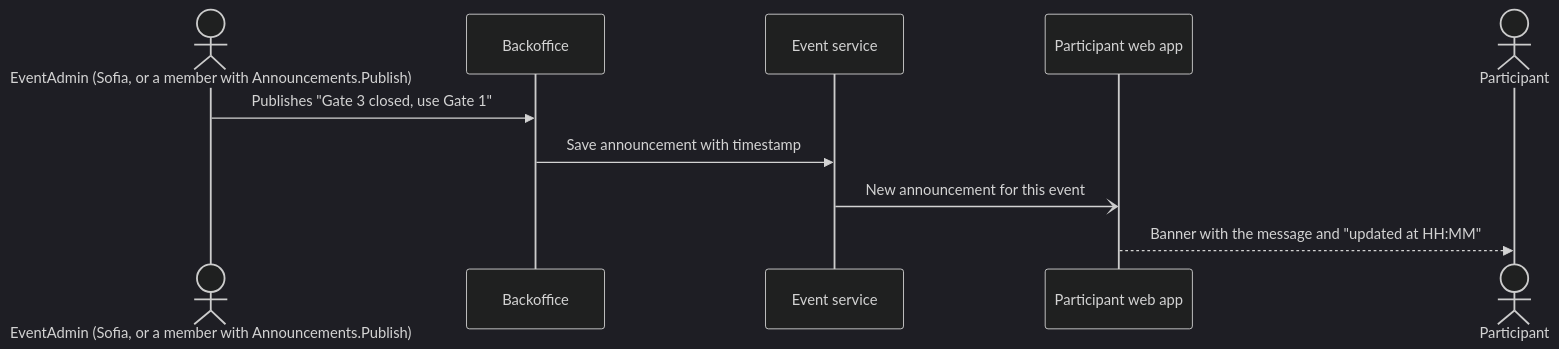
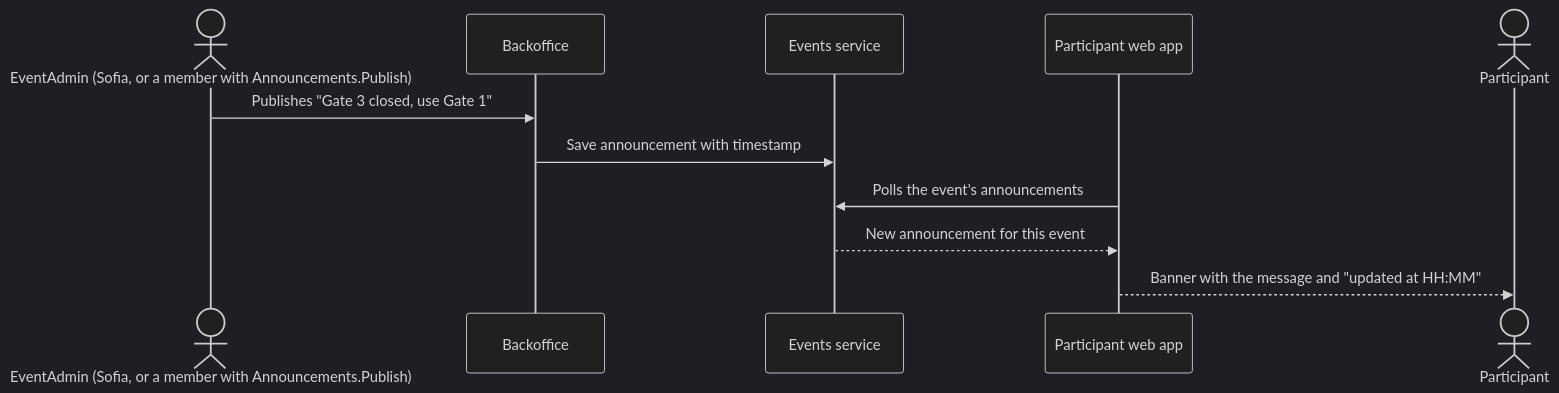
One commit to tomasoliveira21/LABDSOF changed the fifth of 8 diagrams in Docs/Product/user-workflows.md. Above: the diagram before and after it, drawn with Mermaid (dark theme). The commit also changed other lines of this file and 77 other files, not shown here.

````diff
--- a/Docs/Product/user-workflows.md
+++ b/Docs/Product/user-workflows.md
@@ -169,13 +171,14 @@
 ```mermaid
 sequenceDiagram
     actor A as EventAdmin (Sofia, or a member with Announcements.Publish)
     participant BO as Backoffice
-    participant Ev as Event service
+    participant Ev as Events service
     participant App as Participant web app
     actor P as Participant
 
     A->>BO: Publishes "Gate 3 closed, use Gate 1"
     BO->>Ev: Save announcement with timestamp
-    Ev-)App: New announcement for this event
+    App->>Ev: Polls the event's announcements
+    Ev-->>App: New announcement for this event
     App-->>P: Banner with the message and "updated at HH:MM"
 ```
````
